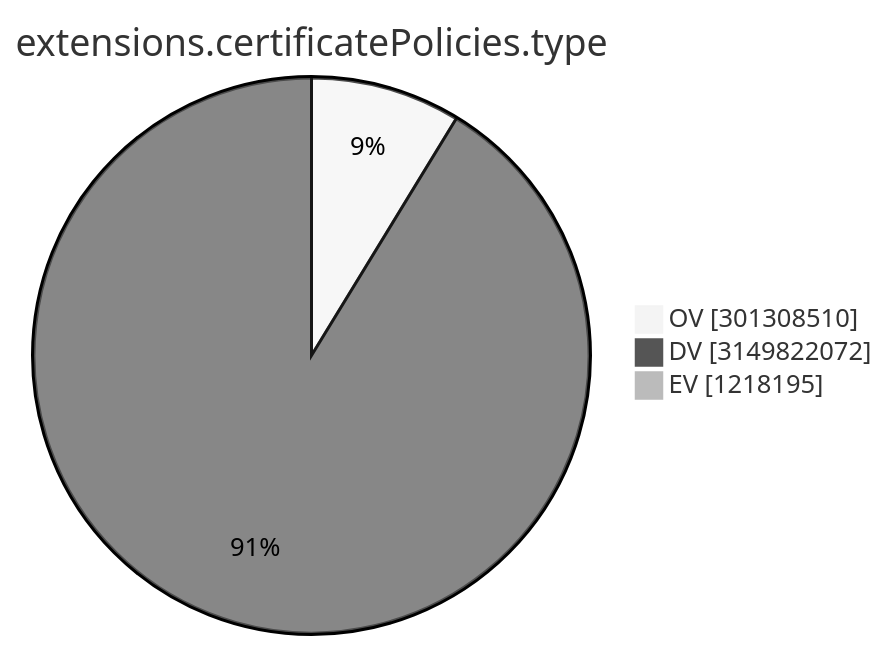
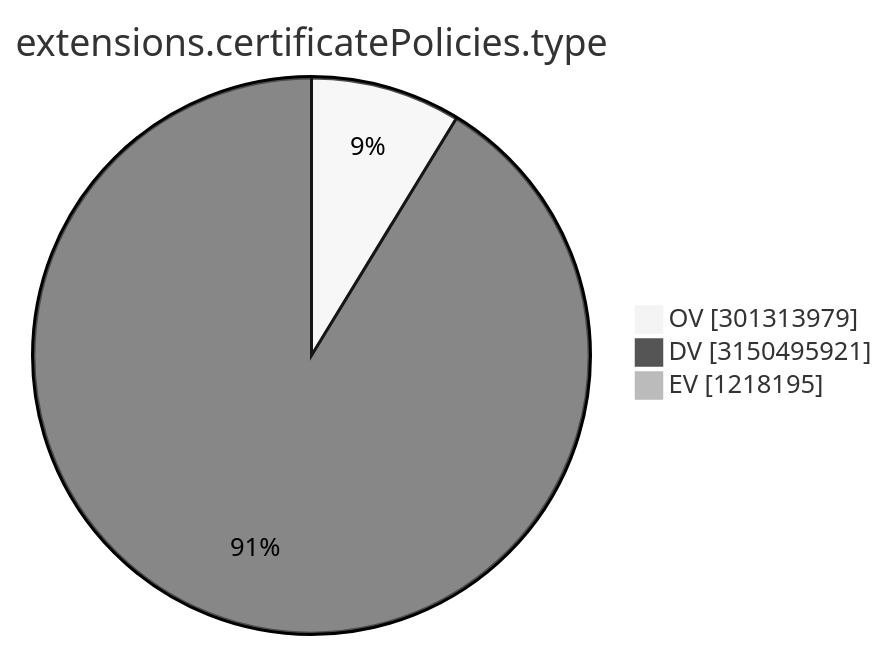
The ninth of 15 diagrams in TOTAL/README.md (christiankrug/ctmonitor_visualization), drawn with Mermaid (neutral theme) before and after one commit. The commit also changed other lines of this file, not shown here.

````diff
--- a/TOTAL/README.md
+++ b/TOTAL/README.md
@@ -3105,7 +3105,7 @@
 ```mermaid
 pie showData
 title extensions.certificatePolicies.type
-"OV" :301308510
-"DV" :3149822072
+"OV" :301313979
+"DV" :3150495921
 "EV" :1218195
 ```
````
